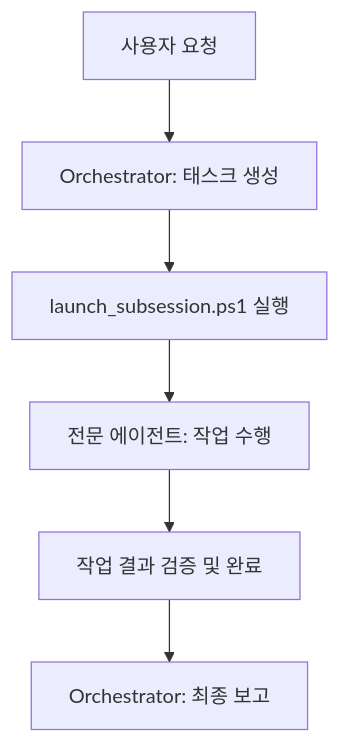
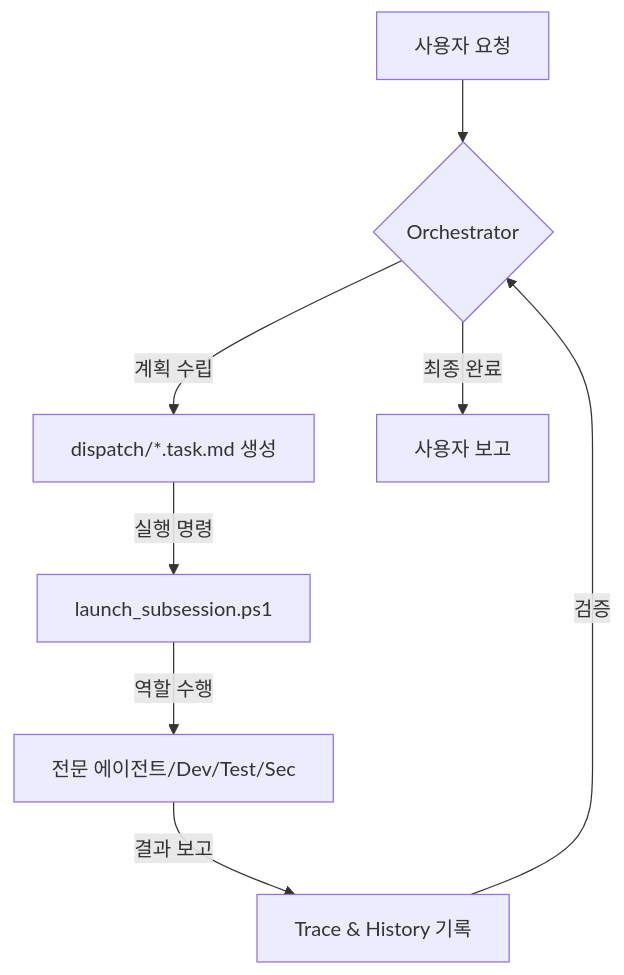
The diagram in README.md (LowyShin/giip-fde-agent), drawn with Mermaid before and after one commit. The commit also changed other lines of this file and 3 other files, not shown here.

````diff
--- a/README.md
+++ b/README.md
@@ -168,8 +66,10 @@
 ```mermaid
 graph TD
-    A[사용자 요청] --> B[Orchestrator: 태스크 생성]
-    B --> C[launch_subsession.ps1 실행]
-    C --> D[전문 에이전트: 작업 수행]
-    D --> E[작업 결과 검증 및 완료]
-    E --> F[Orchestrator: 최종 보고]
+    A[사용자 요청] --> B{Orchestrator}
+    B -- 계획 수립 --> C[dispatch/*.task.md 생성]
+    C -- 실행 명령 --> D[launch_subsession.ps1]
+    D -- 역할 수행 --> E[전문 에이전트/Dev/Test/Sec]
+    E -- 결과 보고 --> F[Trace & History 기록]
+    F -- 검증 --> B
+    B -- 최종 완료 --> G[사용자 보고]
 ```
````
